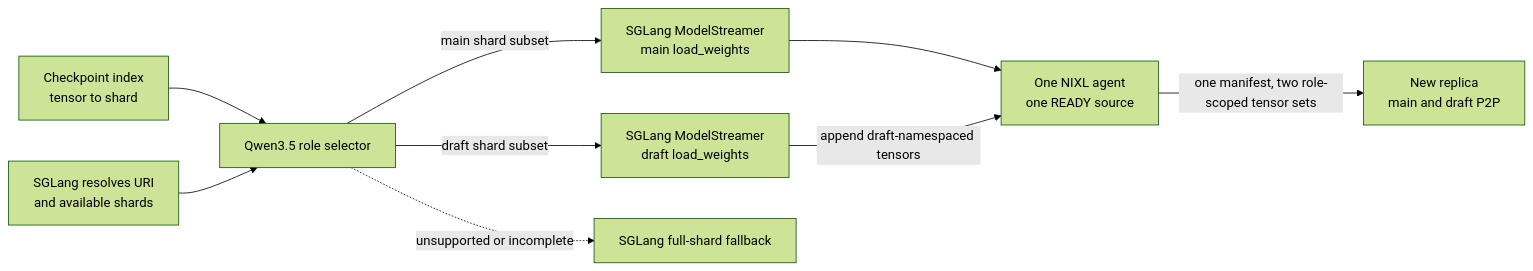
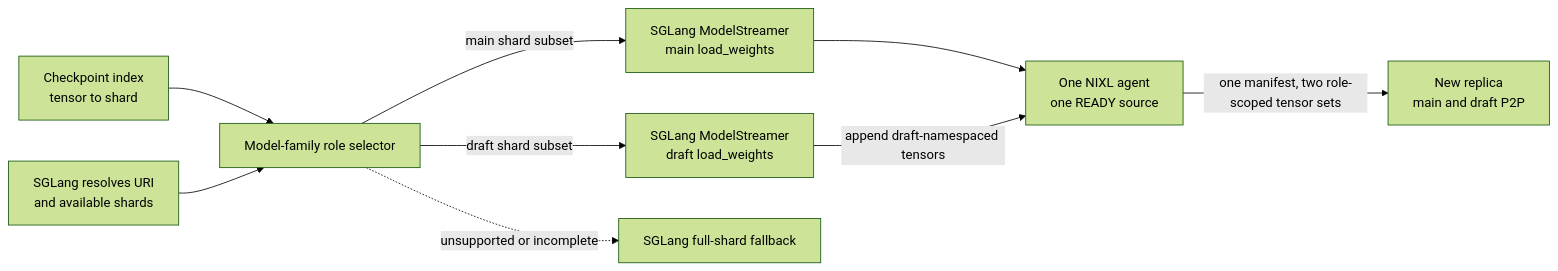
One commit to ai-dynamo/modelexpress changed the third of 5 diagrams in docs/ARCHITECTURE.md. Above: the diagram before and after it, drawn with Mermaid (forest theme). The commit also changed other lines of this file and 6 other files, not shown here.

````diff
--- a/docs/ARCHITECTURE.md
+++ b/docs/ARCHITECTURE.md
@@ -1336,11 +1345,11 @@
 ```mermaid
 flowchart LR
-    I[Checkpoint index<br/>tensor to shard] --> S[Qwen3.5 role selector]
+    I[Checkpoint index<br/>tensor to shard] --> S[Model-family role selector]
     R[SGLang resolves URI<br/>and available shards] --> S
     S -->|main shard subset| M[SGLang ModelStreamer<br/>main load_weights]
     S -->|draft shard subset| D[SGLang ModelStreamer<br/>draft load_weights]
     S -. unsupported or incomplete .-> F[SGLang full-shard fallback]
     M --> P[One NIXL agent<br/>one READY source]
     D -->|append draft-namespaced tensors| P
     P -->|one manifest, two role-scoped tensor sets| T[New replica<br/>main and draft P2P]
 ```
````
